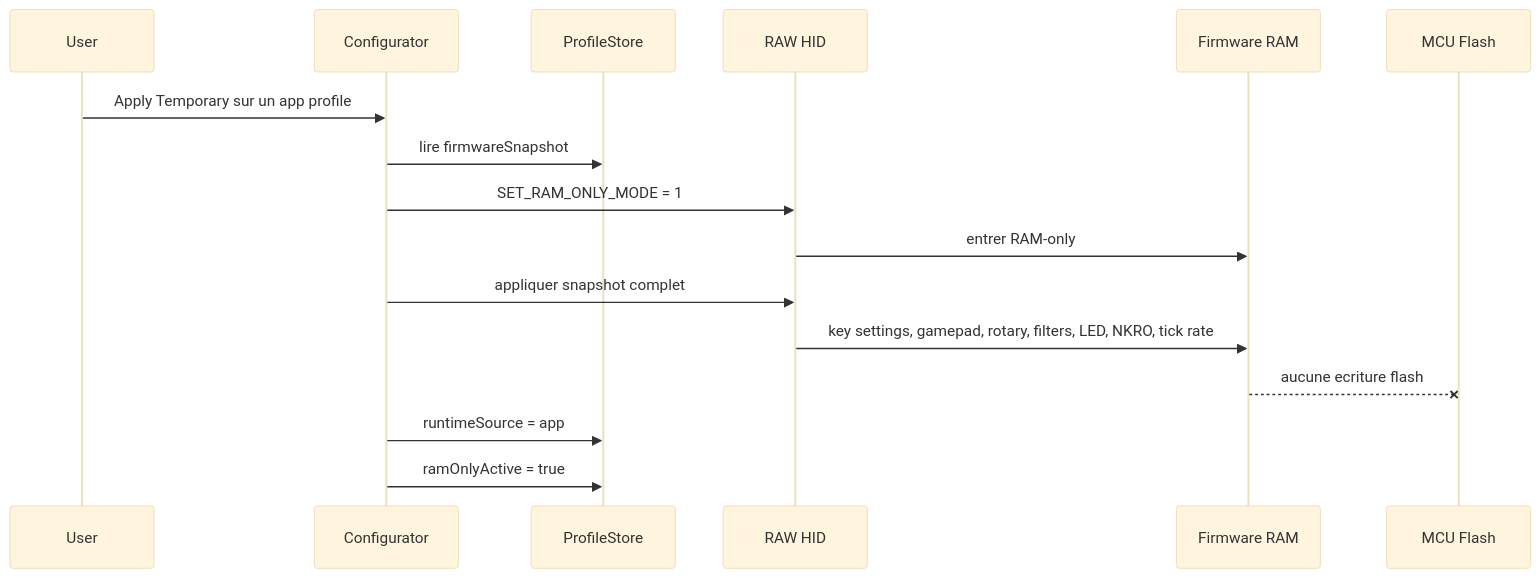
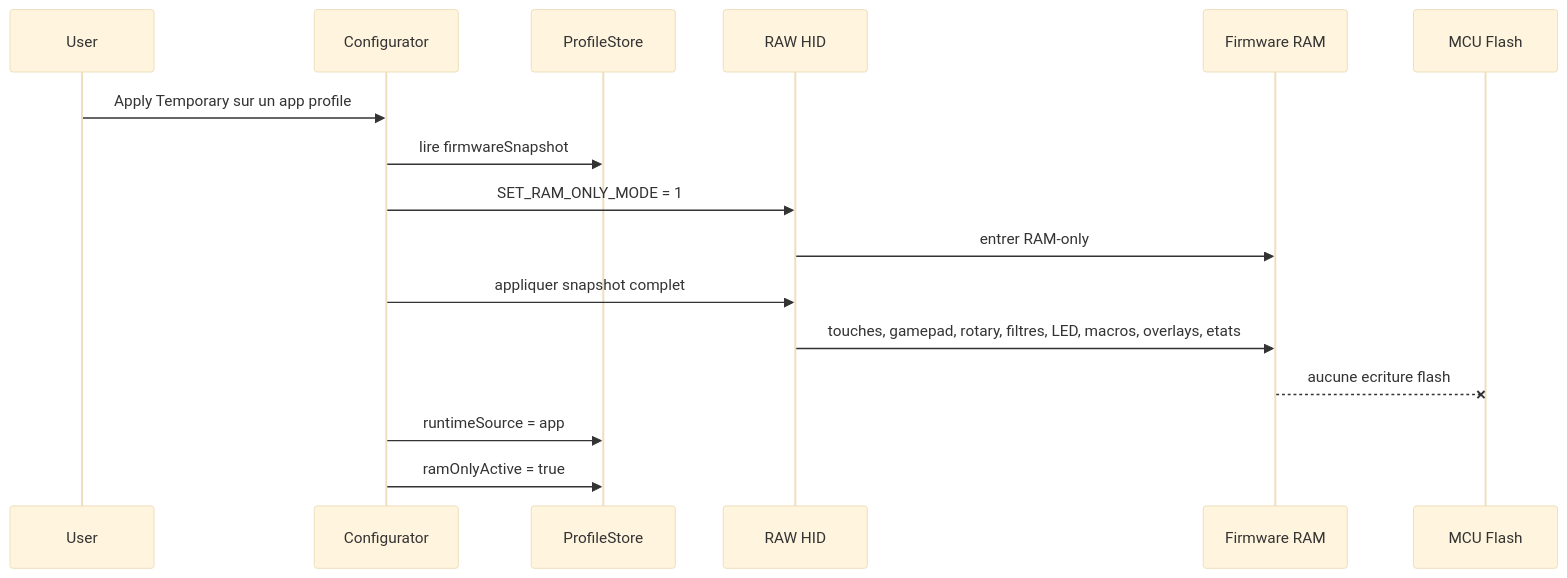
One commit to Fefe-Nayz/kbhe-monorepo changed the fourth of 8 diagrams in docs/firmware/profiles.md. Above: the diagram before and after it, drawn with Mermaid (base theme). The commit also changed other lines of this file and 189 other files, not shown here.

````diff
--- a/docs/firmware/profiles.md
+++ b/docs/firmware/profiles.md
@@ -86,19 +89,19 @@
 ```mermaid
 sequenceDiagram
   participant U as User
   participant UI as Configurator
   participant Store as ProfileStore
   participant HID as RAW HID
   participant FW as Firmware RAM
   participant Flash as MCU Flash
 
   U->>UI: Apply Temporary sur un app profile
   UI->>Store: lire firmwareSnapshot
   UI->>HID: SET_RAM_ONLY_MODE = 1
   HID->>FW: entrer RAM-only
   UI->>HID: appliquer snapshot complet
-  HID->>FW: key settings, gamepad, rotary, filters, LED, NKRO, tick rate
+  HID->>FW: touches, gamepad, rotary, filtres, LED, macros, overlays, etats
   FW--xFlash: aucune ecriture flash
   UI->>Store: runtimeSource = app
   UI->>Store: ramOnlyActive = true
 ```
````
